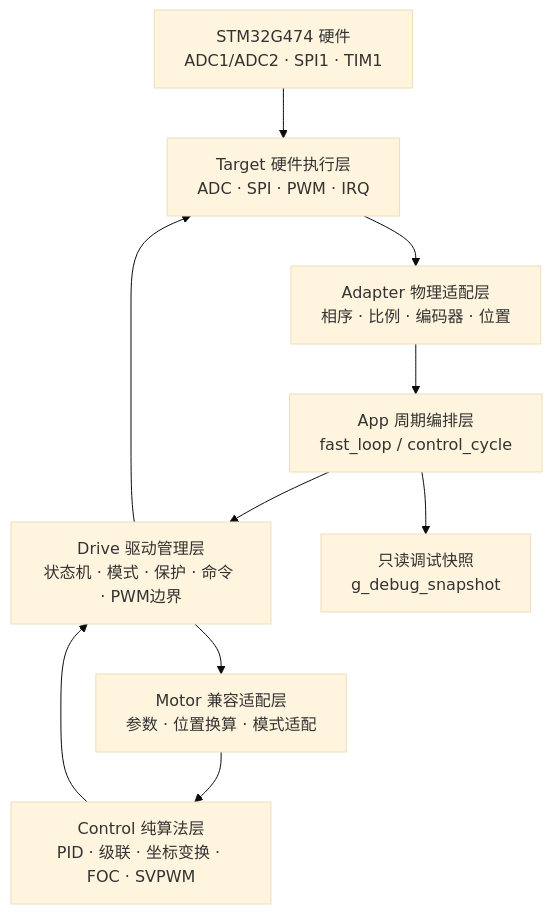
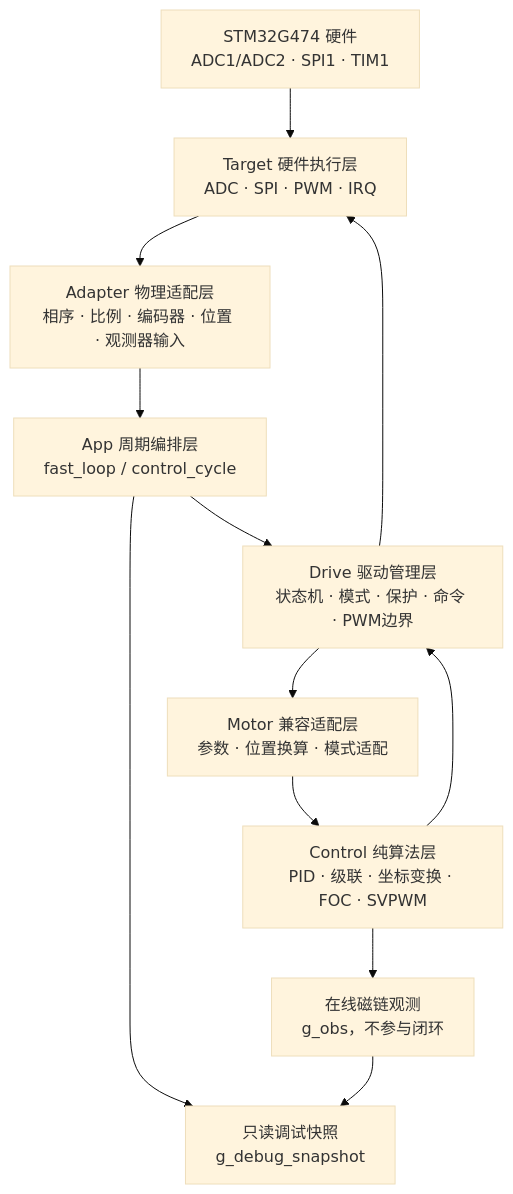
One commit to HHHyuan111/AxDr_L changed the first of 8 diagrams in 文档/架构重构/08_完整代码框架状态机与算法详解.md. Above: the diagram before and after it, drawn with Mermaid (base theme). The commit also changed other lines of this file and 29 other files, not shown here.

````diff
--- a/文档/架构重构/08_完整代码框架状态机与算法详解.md
+++ b/文档/架构重构/08_完整代码框架状态机与算法详解.md
@@ -37,12 +37,14 @@
 ```mermaid
 flowchart TB
     HW[STM32G474 硬件<br/>ADC1/ADC2 · SPI1 · TIM1] --> TARGET[Target 硬件执行层<br/>ADC · SPI · PWM · IRQ]
-    TARGET --> ADAPTER[Adapter 物理适配层<br/>相序 · 比例 · 编码器 · 位置]
+    TARGET --> ADAPTER[Adapter 物理适配层<br/>相序 · 比例 · 编码器 · 位置 · 观测器输入]
     ADAPTER --> APP[App 周期编排层<br/>fast_loop / control_cycle]
     APP --> DRIVE[Drive 驱动管理层<br/>状态机 · 模式 · 保护 · 命令 · PWM边界]
     DRIVE --> MOTOR[Motor 兼容适配层<br/>参数 · 位置换算 · 模式适配]
     MOTOR --> CONTROL[Control 纯算法层<br/>PID · 级联 · 坐标变换 · FOC · SVPWM]
     CONTROL --> DRIVE
     DRIVE --> TARGET
     APP --> DEBUG[只读调试快照<br/>g_debug_snapshot]
+    CONTROL --> OBS[在线磁链观测<br/>g_obs，不参与闭环]
+    OBS --> DEBUG
 ```
````
